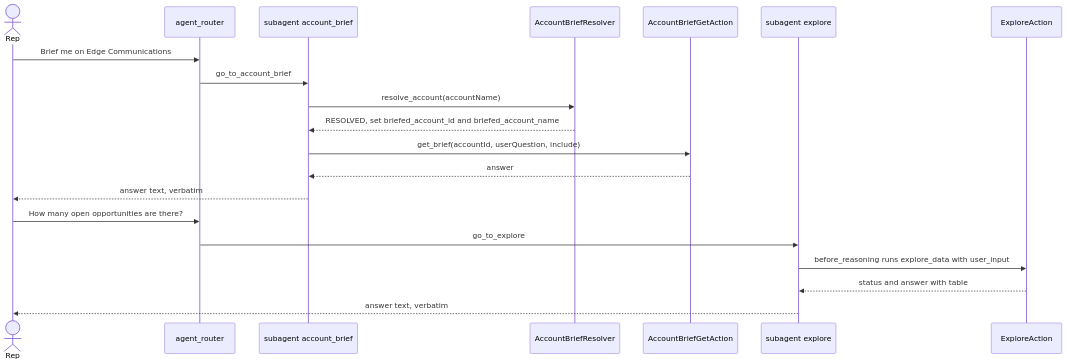
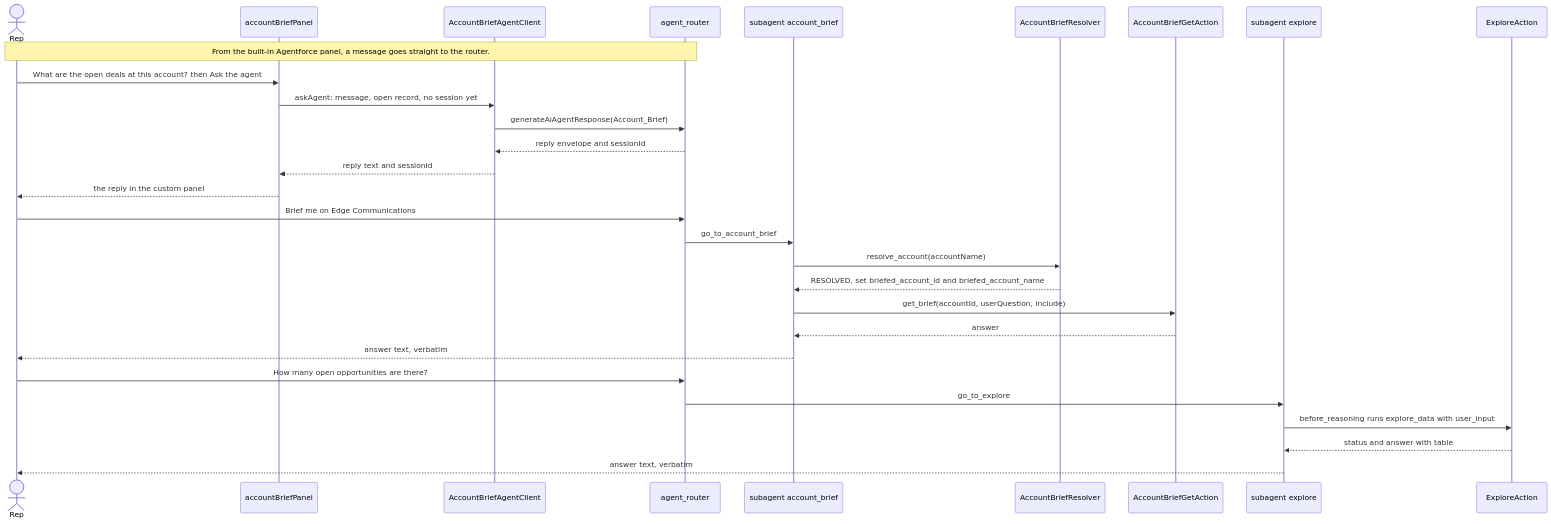
The diagram in docs/patterns/06-agent-routing-and-verbatim-relay.md (nelsben/generic-agent), drawn with Mermaid before and after one commit. The commit also changed other lines of this file and 11 other files, not shown here.

First line of the commit message:
BE-20: the panel's "Ask the agent" calls the Account_Brief agent directly

````diff
--- a/docs/patterns/06-agent-routing-and-verbatim-relay.md
+++ b/docs/patterns/06-agent-routing-and-verbatim-relay.md
@@ -26,22 +27,31 @@
 ```mermaid
 sequenceDiagram
     actor U as Rep
+    participant P as accountBriefPanel
+    participant AC as AccountBriefAgentClient
     participant R as agent_router
     participant AB as subagent account_brief
     participant RA as AccountBriefResolver
     participant GA as AccountBriefGetAction
     participant EX as subagent explore
     participant EA as ExploreAction
+    Note over U,R: From the built-in Agentforce panel, a message goes straight to the router.
+    U->>P: What are the open deals at this account? then Ask the agent
+    P->>AC: askAgent: message, open record, no session yet
+    AC->>R: generateAiAgentResponse(Account_Brief)
+    R-->>AC: reply envelope and sessionId
+    AC-->>P: reply text and sessionId
+    P-->>U: the reply in the custom panel
     U->>R: Brief me on Edge Communications
     R->>AB: go_to_account_brief
     AB->>RA: resolve_account(accountName)
     RA-->>AB: RESOLVED, set briefed_account_id and briefed_account_name
     AB->>GA: get_brief(accountId, userQuestion, include)
     GA-->>AB: answer
     AB-->>U: answer text, verbatim
     U->>R: How many open opportunities are there?
     R->>EX: go_to_explore
     EX->>EA: before_reasoning runs explore_data with user_input
     EA-->>EX: status and answer with table
     EX-->>U: answer text, verbatim
 ```
````
